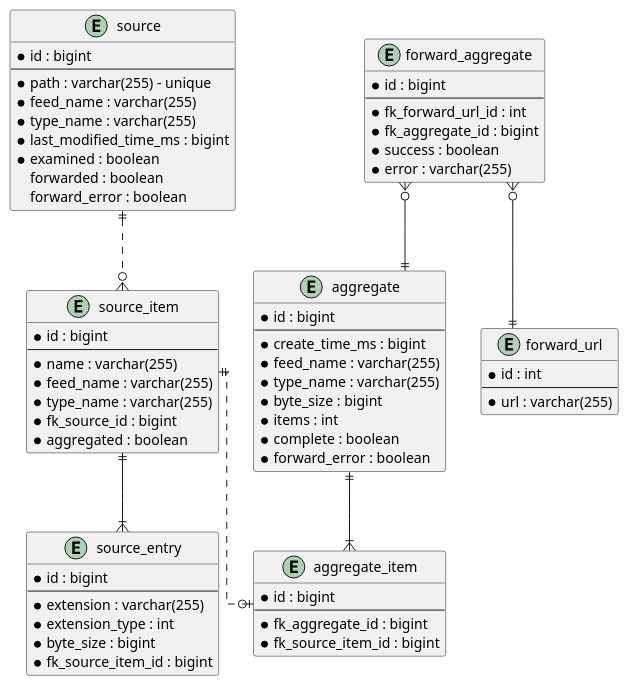
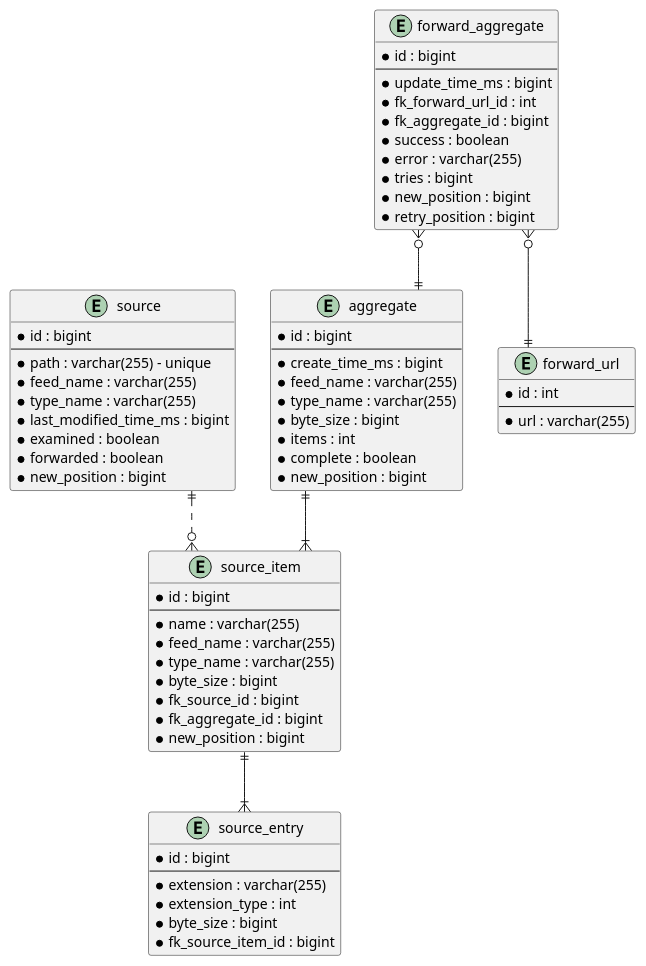
Before and after one commit to gchq/stroom: the diagram in stroom-proxy/stroom-proxy-app/doc/forward-aggregate-entity.puml, drawn with PlantUML.

Commit message:
Testing 7.1 proxy

```diff
--- a/stroom-proxy/stroom-proxy-app/doc/forward-aggregate-entity.puml
+++ b/stroom-proxy/stroom-proxy-app/doc/forward-aggregate-entity.puml
@@ -1,78 +1,76 @@
 @startuml
 
 ' avoid problems with angled crows feet
 skinparam linetype ortho
 
 entity source {
   *id : bigint
   --
   *path : varchar(255) - unique
   *feed_name : varchar(255)
   *type_name : varchar(255)
   *last_modified_time_ms : bigint
   *examined : boolean
-  forwarded : boolean
-  forward_error : boolean
+  *forwarded : boolean
+  *new_position : bigint
 }
 
 entity source_item {
   *id : bigint
   --
   *name : varchar(255)
   *feed_name : varchar(255)
   *type_name : varchar(255)
+  *byte_size : bigint
   *fk_source_id : bigint
-  *aggregated : boolean
+  *fk_aggregate_id : bigint
+  *new_position : bigint
 }
 
 entity source_entry {
   *id : bigint
   --
   *extension : varchar(255)
   *extension_type : int
   *byte_size : bigint
   *fk_source_item_id : bigint
 }
 
 entity aggregate {
   *id : bigint
   --
   *create_time_ms : bigint
   *feed_name : varchar(255)
   *type_name : varchar(255)
   *byte_size : bigint
   *items : int
   *complete : boolean
-  *forward_error : boolean
-}
-
-entity aggregate_item {
-  *id : bigint
-  --
-  *fk_aggregate_id : bigint
-  *fk_source_item_id : bigint
+  *new_position : bigint
 }
 
 entity forward_url {
   *id : int
   --
   *url : varchar(255)
 }
 
 entity forward_aggregate {
   *id : bigint
   --
+  *update_time_ms : bigint
   *fk_forward_url_id : int
   *fk_aggregate_id : bigint
   *success : boolean
   *error : varchar(255)
+  *tries : bigint
+  *new_position : bigint
+  *retry_position : bigint
 }
 
 source ||..o{ source_item
 source_item ||--|{ source_entry
-aggregate ||--|{ aggregate_item
-source_item ||..o| aggregate_item
+aggregate ||--|{ source_item
 forward_aggregate }o--|| forward_url
 forward_aggregate }o--|| aggregate
 
 @enduml
```
